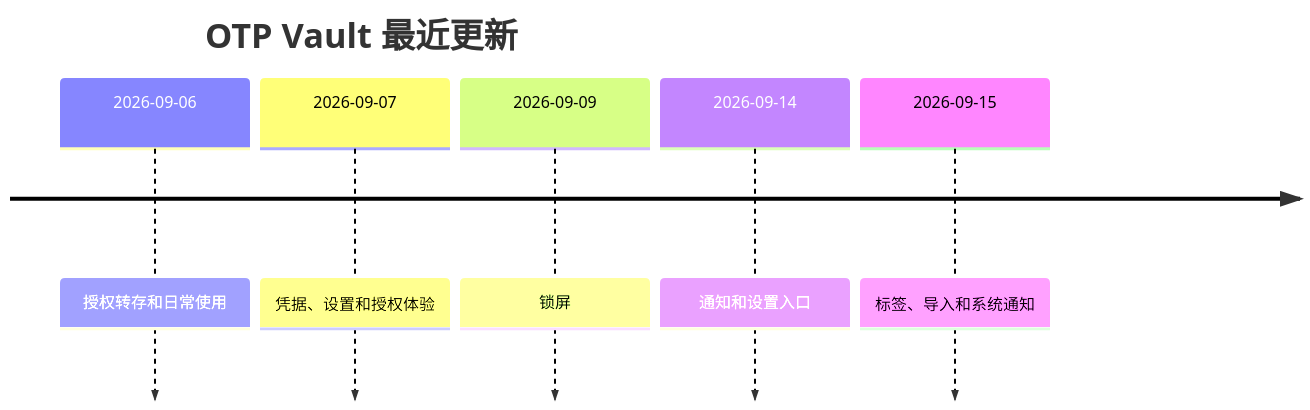
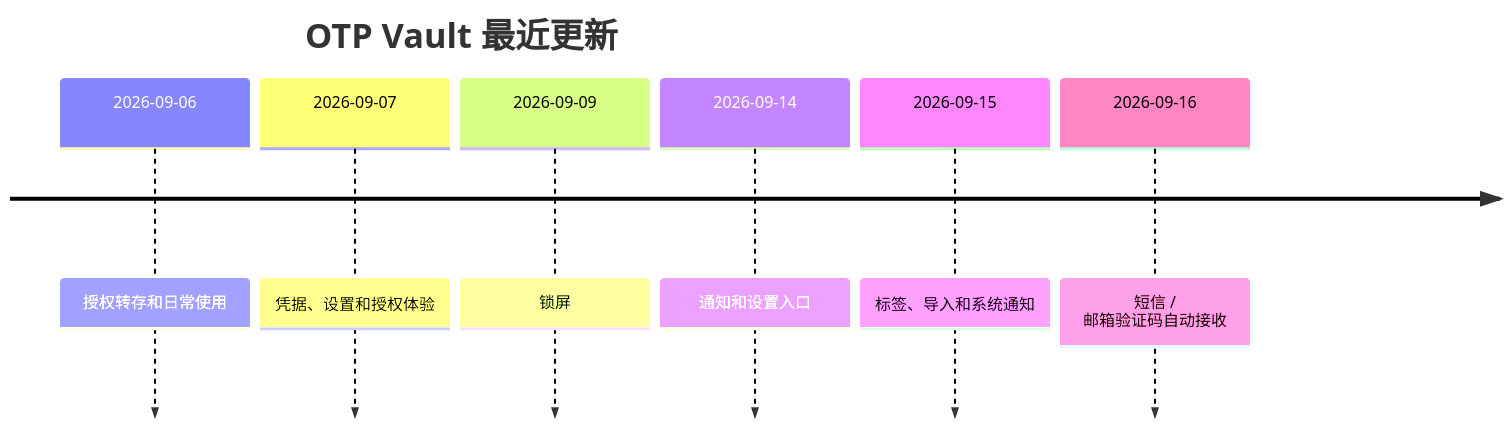
Before and after one commit to serein-morii/xb-h5: the fourth of 4 diagrams in docs/otp-vault-user-guide.md, drawn with Mermaid. The commit also changed other lines of this file and 4 other files, not shown here.

````diff
--- a/docs/otp-vault-user-guide.md
+++ b/docs/otp-vault-user-guide.md
@@ -256,9 +256,10 @@
 ```mermaid
 timeline
     title OTP Vault 最近更新
     2026-09-06 : 授权转存和日常使用
     2026-09-07 : 凭据、设置和授权体验
     2026-09-09 : 锁屏
     2026-09-14 : 通知和设置入口
     2026-09-15 : 标签、导入和系统通知
+    2026-09-16 : 短信 / 邮箱验证码自动接收
 ```
````
